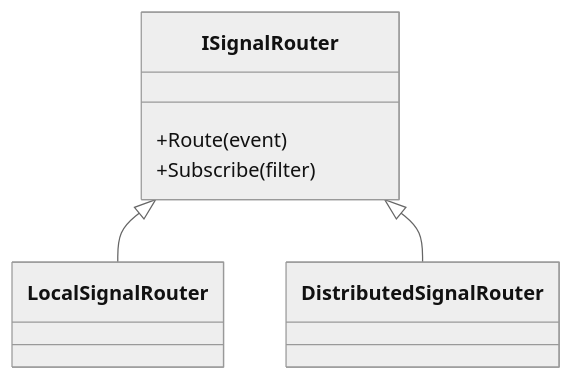
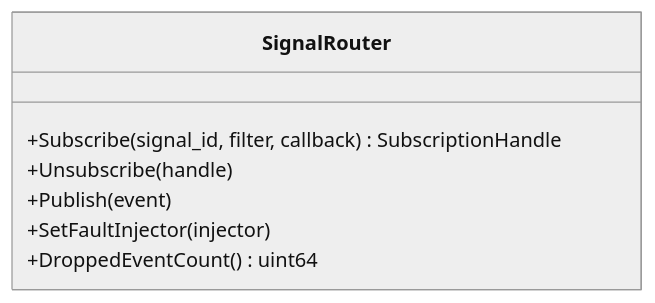
The third of 5 diagrams in boat-platform/docs/diagrams/class-diagrams.md (AlexTech-stack/BoAt), drawn with Mermaid (neutral theme) before and after one commit. The commit also changed other lines of this file and 1 other file, not shown here.

Commit message:
docs: remove classes and storage that never existed
The class diagram drew types with no counterpart in the tree, and the
database document listed storage that was never built (issue #14):

- class-diagrams.md: drop TimescaleEventStore, and replace the
  ISignalRouter / LocalSignalRouter / DistributedSignalRouter hierarchy --
  none of those exist; there is one SignalRouter with a dispatcher thread
  and a per-subscription ring -- with the real class. Fix SomeIpPlugin to
  the actual SomeipPlugin.
- database-design.md: Event Store is SQLite only; Metrics Store is
  MetricsService (no Prometheus remote write); the performance list's
  'dedicated writer thread and bounded queue' was equally fictional --
  writes are synchronous on the caller's thread (#23).

Both documents now state what the tree backs up. Found while verifying:
the same page had three more phantom classes than the issue named.

````diff
--- a/boat-platform/docs/diagrams/class-diagrams.md
+++ b/boat-platform/docs/diagrams/class-diagrams.md
@@ -104,12 +104,10 @@
 ```mermaid
 classDiagram
-    class ISignalRouter {
-      +Route(event)
-      +Subscribe(filter)
+    class SignalRouter {
+      +Subscribe(signal_id, filter, callback) SubscriptionHandle
+      +Unsubscribe(handle)
+      +Publish(event)
+      +SetFaultInjector(injector)
+      +DroppedEventCount() uint64
     }
-    class LocalSignalRouter
-    class DistributedSignalRouter
-
-    ISignalRouter <|-- LocalSignalRouter
-    ISignalRouter <|-- DistributedSignalRouter
 ```
````
